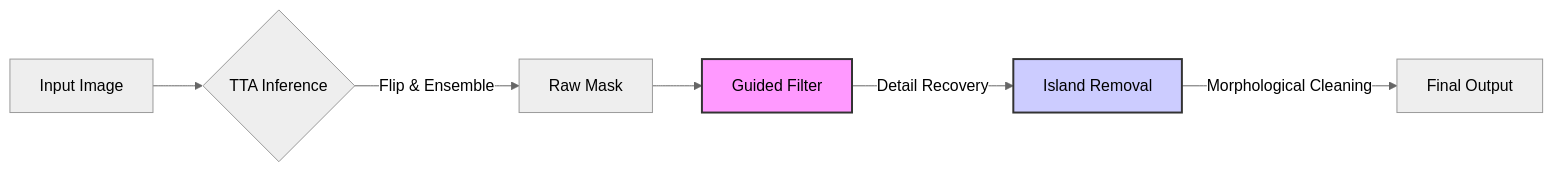
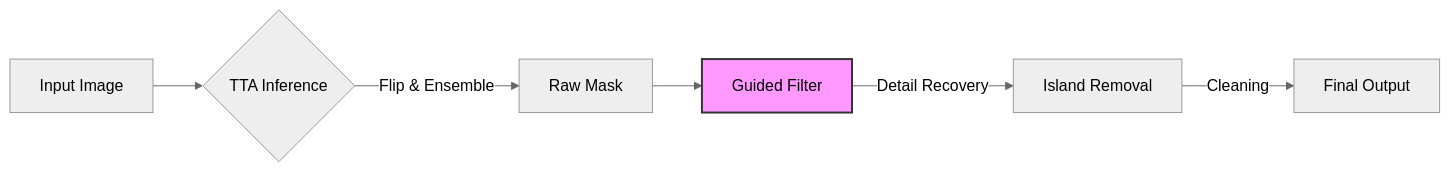
Before and after one commit to Youl-AI/Nuggy: the diagram in README.md, drawn with Mermaid (neutral theme). The commit also changed other lines of this file, not shown here.

````diff
--- a/README.md
+++ b/README.md
@@ -54,10 +31,9 @@
 ```mermaid
 graph LR
     A[Input Image] --> B{TTA Inference};
     B -- Flip & Ensemble --> C[Raw Mask];
     C --> D[Guided Filter];
     D -- Detail Recovery --> E[Island Removal];
-    E -- Morphological Cleaning --> F[Final Output];
+    E -- Cleaning --> F[Final Output];
     style D fill:#f9f,stroke:#333,stroke-width:2px
-    style E fill:#ccf,stroke:#333,stroke-width:2px
 ```
````
